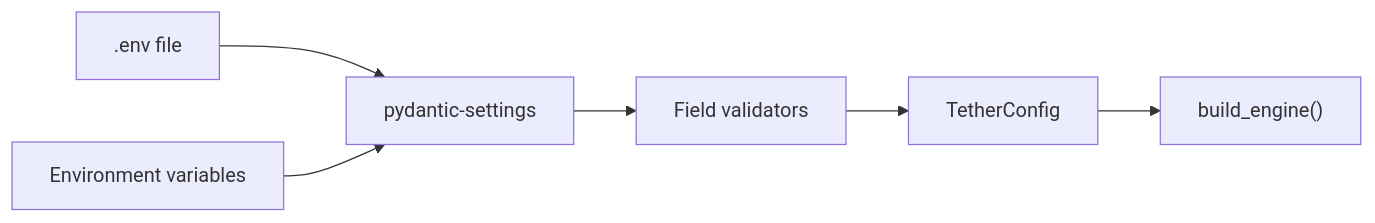
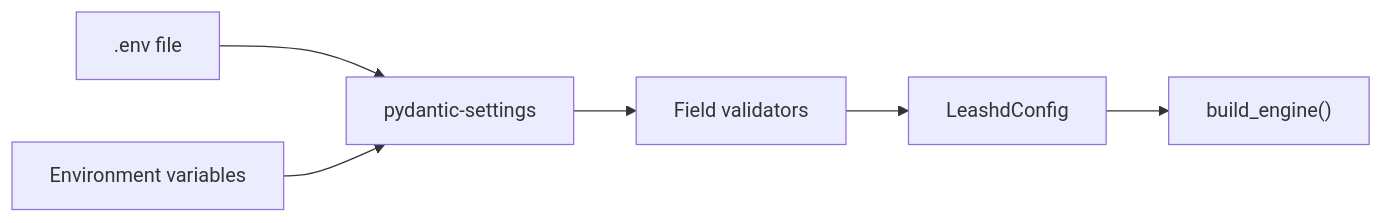
One commit to nodenova/tether changed the diagram in docs/configuration.md. Above: the diagram before and after it, drawn with Mermaid. The commit also changed other lines of this file and 139 other files, not shown here.

Commit message:
Rebrand from Tether to Leashd

````diff
--- a/docs/configuration.md
+++ b/docs/configuration.md
@@ -7,13 +7,13 @@
 ```mermaid
 flowchart LR
     env[".env file"]
     vars["Environment variables"]
     pydantic["pydantic-settings"]
     validators["Field validators"]
-    config["TetherConfig"]
+    config["LeashdConfig"]
     build["build_engine()"]
 
     env --> pydantic
     vars --> pydantic
     pydantic --> validators --> config --> build
 ```
````
